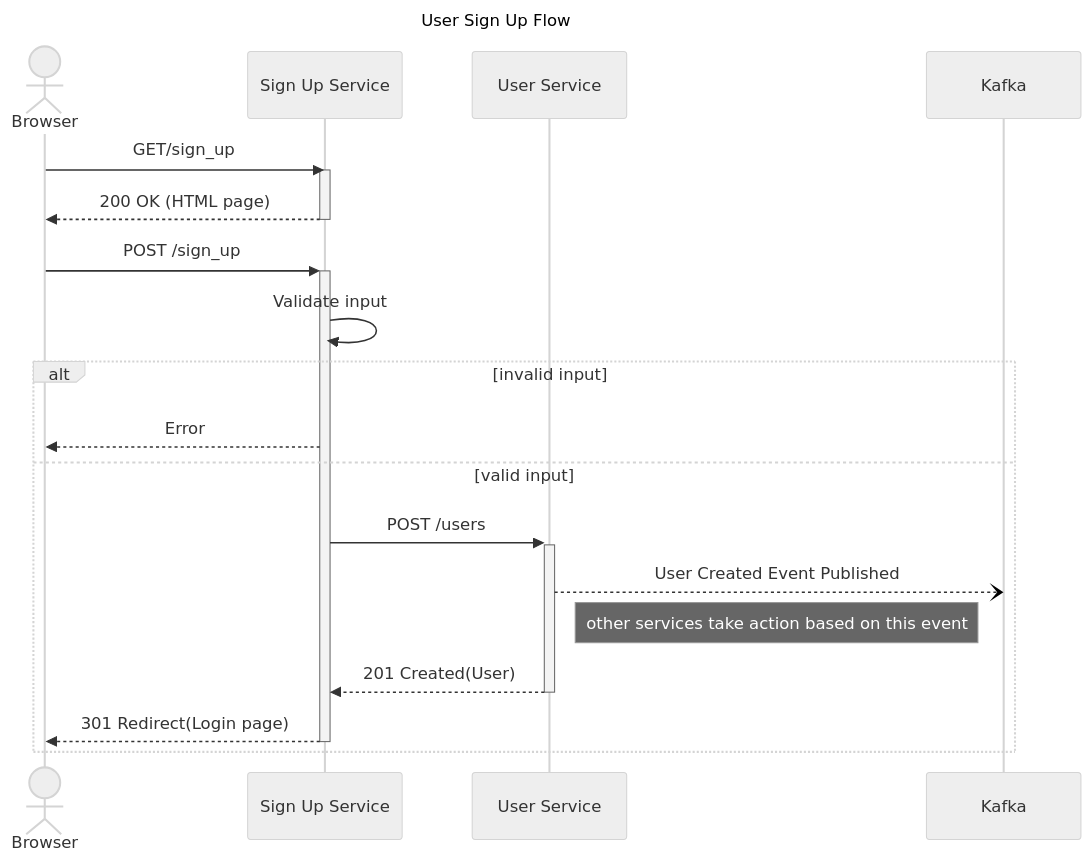
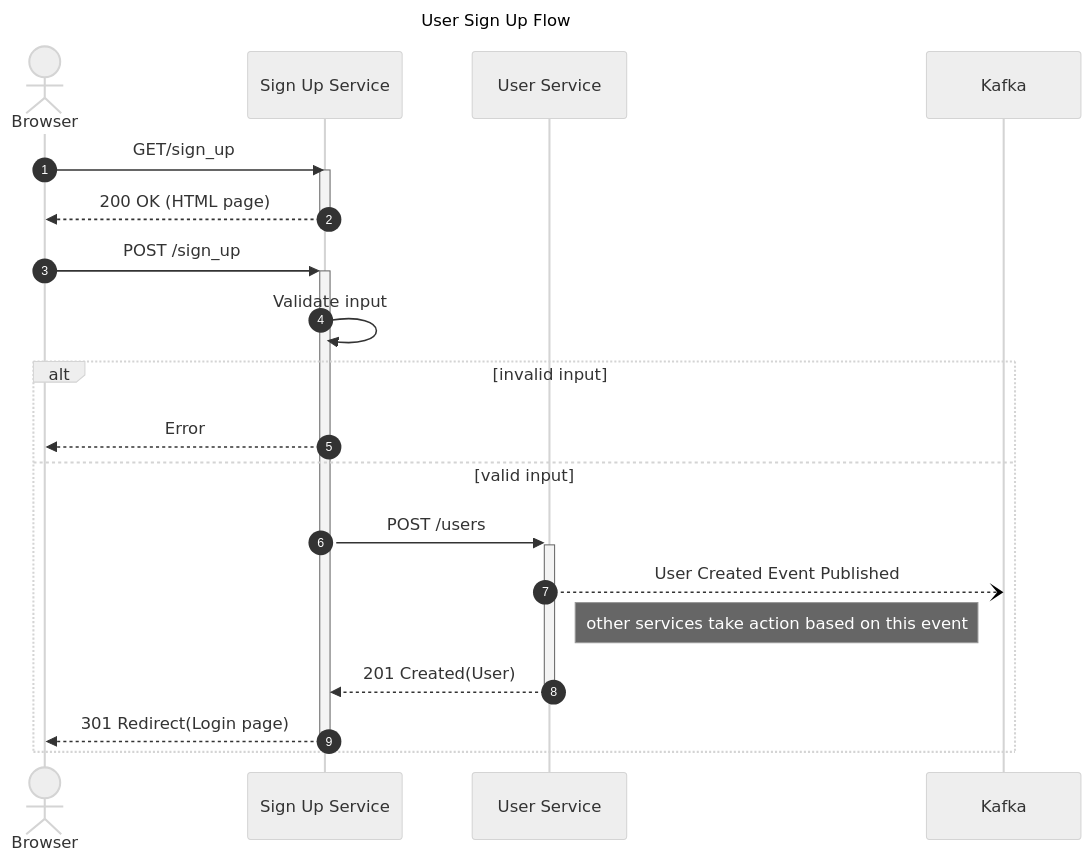
Before and after one commit to TomSpencerLondon/Domain-Modelling: diagram 14 of 14 in README.md, drawn with Mermaid (neutral theme). The commit also changed other lines of this file and 2 other files, not shown here.

Commit message:
Add autonumber

````diff
--- a/README.md
+++ b/README.md
@@ -279,30 +280,31 @@
 ```mermaid
 ---
 title: User Sign Up Flow
 ---
 
 sequenceDiagram
+    autonumber
     actor Browser
     participant Sign Up Service
     participant User Service
     participant Kafka
     
     Browser->>Sign Up Service: GET/sign_up
     activate Sign Up Service
     Sign Up Service-->>Browser: 200 OK (HTML page)
     links User Service:{"Repository": "https://www.example.com/repository"}
     deactivate Sign Up Service
     
     Browser->>+Sign Up Service: POST /sign_up
     Sign Up Service->>Sign Up Service: Validate input
     
     alt invalid input
         Sign Up Service-->>Browser: Error
     else valid input
         Sign Up Service->>+User Service: POST /users
         User Service--)Kafka: User Created Event Published
         Note left of Kafka: other services take action based on this event
         User Service-->>-Sign Up Service: 201 Created(User)
         Sign Up Service-->>-Browser: 301 Redirect(Login page)
     end
 ```
````
